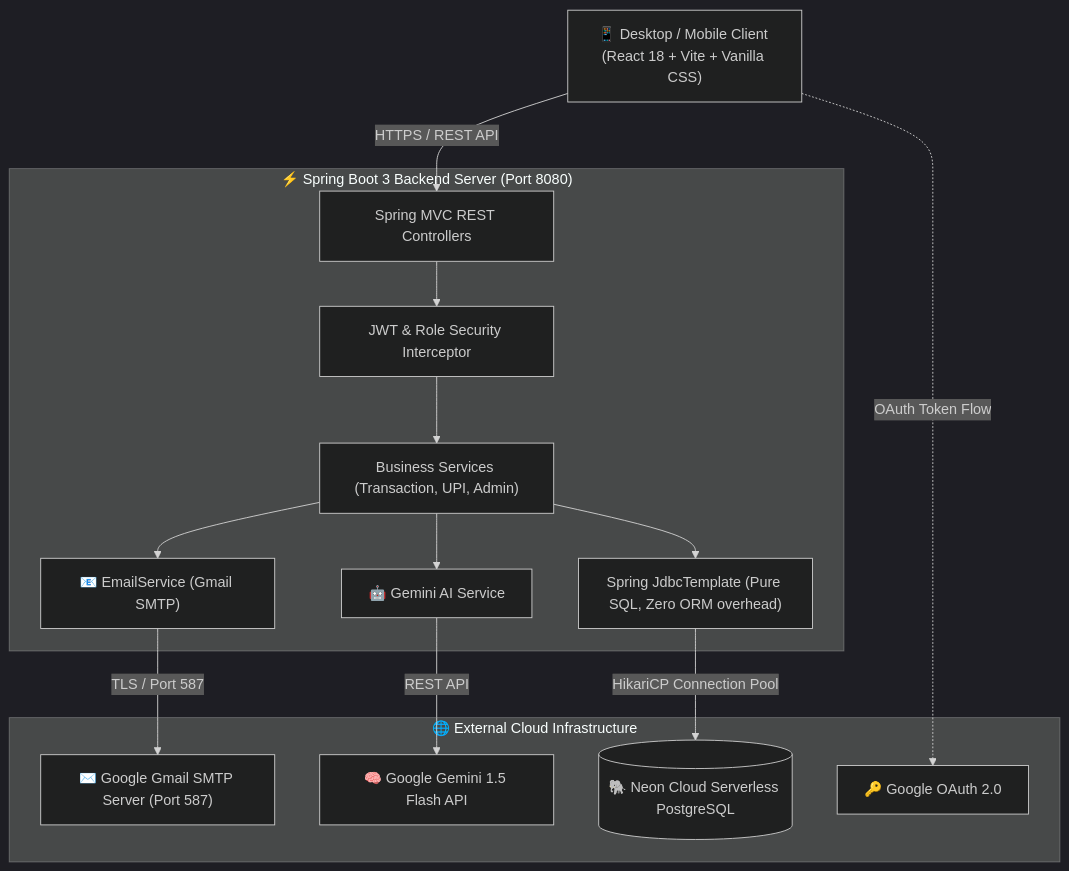
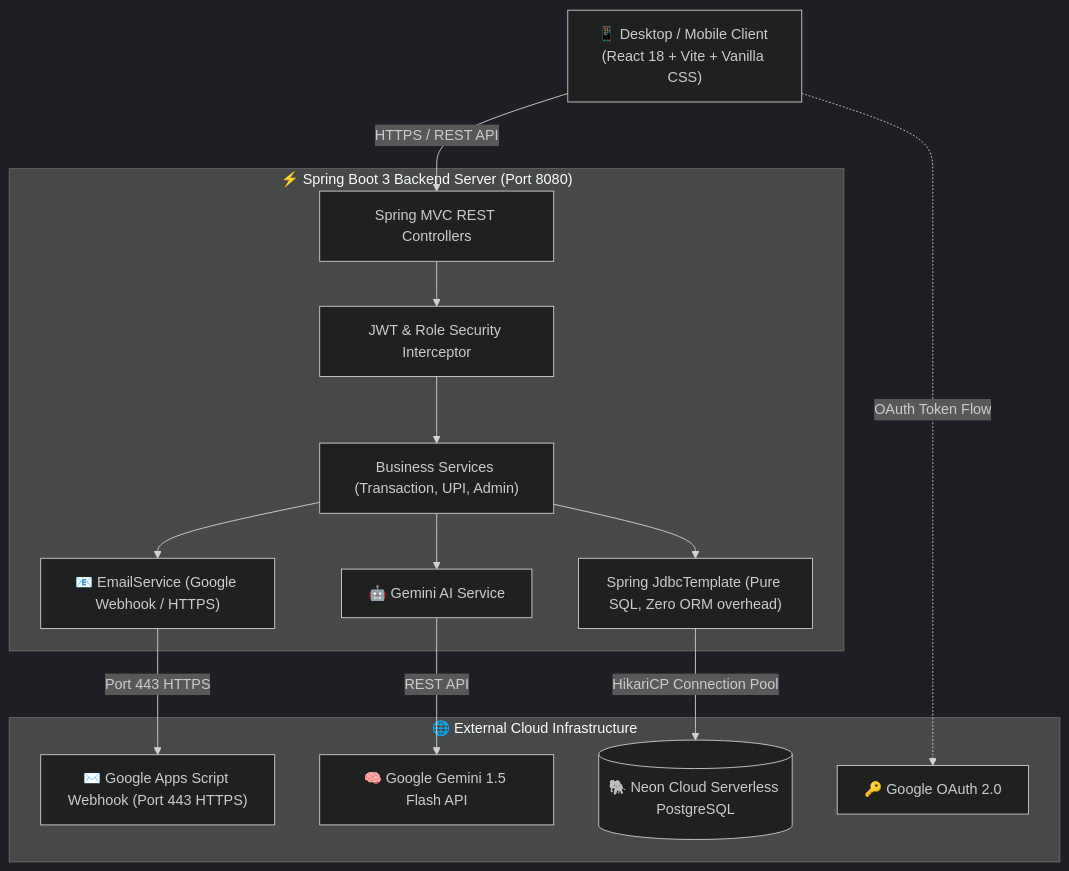
One commit to sohan-12/FinTrack changed the diagram in README.md. Above: the diagram before and after it, drawn with Mermaid (dark theme). The commit also changed other lines of this file, not shown here.

Commit message:
docs: update README with official Google Webhook email delivery and complete Phase 1 specs

````diff
--- a/README.md
+++ b/README.md
@@ -27,32 +28,32 @@
 ```mermaid
 graph TD
     Client["📱 Desktop / Mobile Client (React 18 + Vite + Vanilla CSS)"]
     
     subgraph Spring_Boot_Backend ["⚡ Spring Boot 3 Backend Server (Port 8080)"]
         Router["Spring MVC REST Controllers"]
         AuthFilter["JWT & Role Security Interceptor"]
-        EmailSvc["📧 EmailService (Gmail SMTP)"]
+        EmailSvc["📧 EmailService (Google Webhook / HTTPS)"]
         AISvc["🤖 Gemini AI Service"]
         Services["Business Services (Transaction, UPI, Admin)"]
         Jdbc["Spring JdbcTemplate (Pure SQL, Zero ORM overhead)"]
     end
 
     subgraph External_Services ["🌐 External Cloud Infrastructure"]
         NeonDB[("🐘 Neon Cloud Serverless PostgreSQL")]
         GoogleOAuth["🔑 Google OAuth 2.0"]
         GeminiAPI["🧠 Google Gemini 1.5 Flash API"]
-        GmailSMTP["✉️ Google Gmail SMTP Server (Port 587)"]
+        GoogleScript["✉️ Google Apps Script Webhook (Port 443 HTTPS)"]
     end
 
     Client -->|HTTPS / REST API| Router
     Router --> AuthFilter
     AuthFilter --> Services
     Services --> EmailSvc
     Services --> AISvc
     Services --> Jdbc
     
-    EmailSvc -->|TLS / Port 587| GmailSMTP
+    EmailSvc -->|Port 443 HTTPS| GoogleScript
     AISvc -->|REST API| GeminiAPI
     Client -.->|OAuth Token Flow| GoogleOAuth
     Jdbc -->|HikariCP Connection Pool| NeonDB
 ```
````
